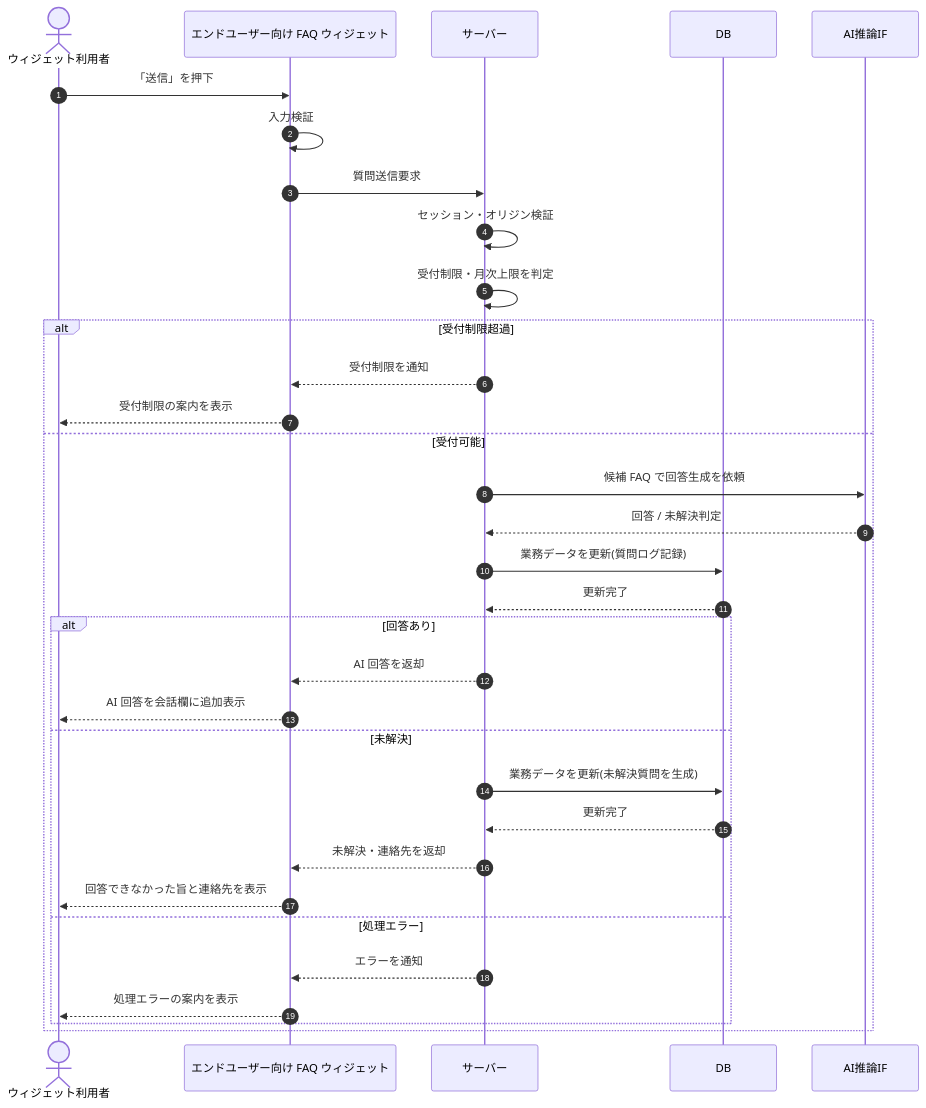
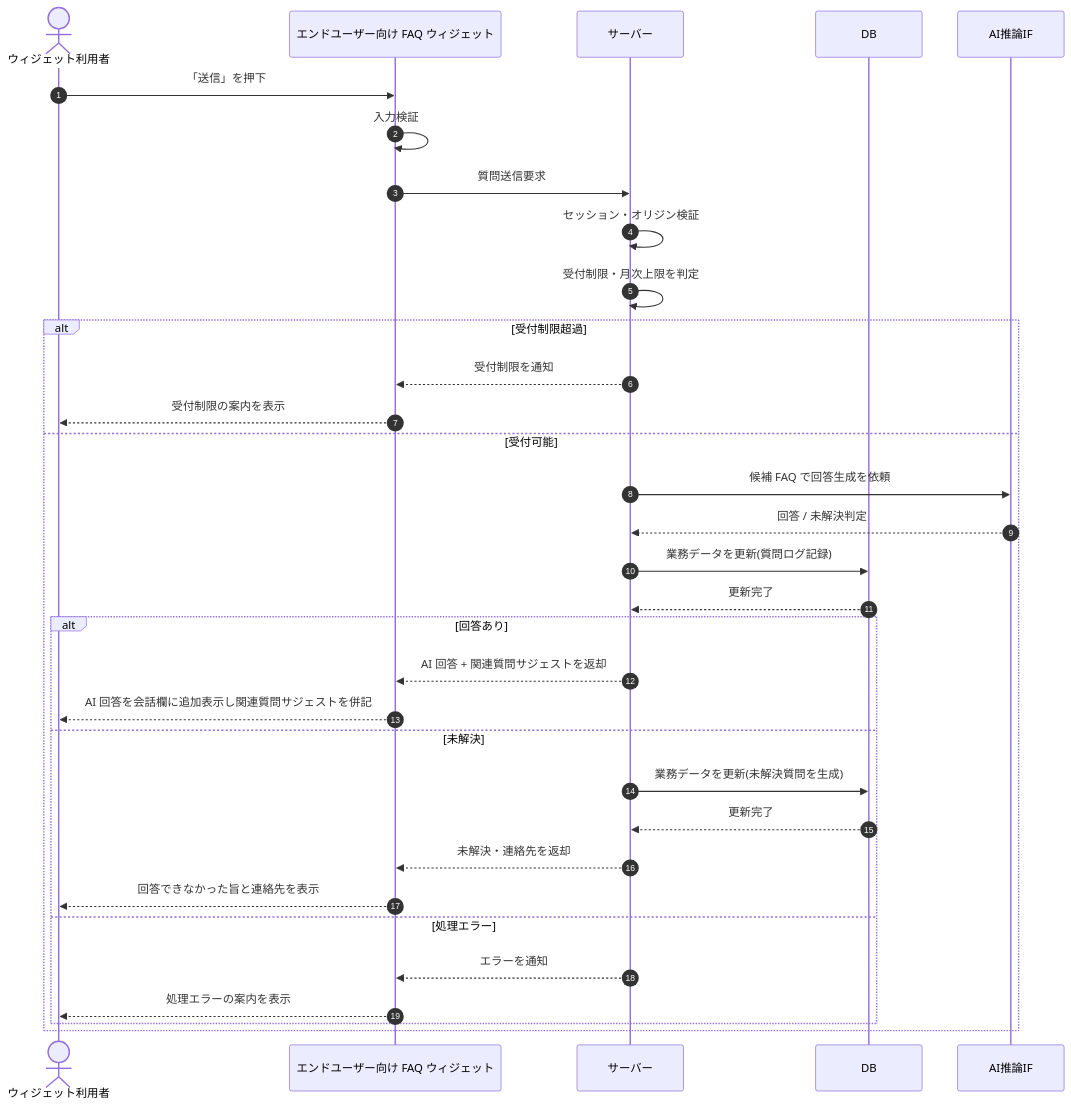
Before and after one commit to sikakou54/open-faq: the diagram in 02_basic_design/03_sequences/SEQ-088.md, drawn with Mermaid. The commit also changed 54 other files, not shown here.

````diff
--- a/02_basic_design/03_sequences/SEQ-088.md
+++ b/02_basic_design/03_sequences/SEQ-088.md
@@ -24,35 +24,35 @@
 ```mermaid
 sequenceDiagram
   autonumber
   actor U as ウィジェット利用者
   participant Screen as エンドユーザー向け FAQ ウィジェット
   participant Server as サーバー
   participant DB as DB
   participant AI as AI推論IF
   U->>Screen: 「送信」を押下
   Screen->>Screen: 入力検証
   Screen->>Server: 質問送信要求
   Server->>Server: セッション・オリジン検証
   Server->>Server: 受付制限・月次上限を判定
   alt 受付制限超過
     Server-->>Screen: 受付制限を通知
     Screen-->>U: 受付制限の案内を表示
   else 受付可能
     Server->>AI: 候補 FAQ で回答生成を依頼
     AI-->>Server: 回答 / 未解決判定
     Server->>DB: 業務データを更新(質問ログ記録)
     DB-->>Server: 更新完了
     alt 回答あり
-      Server-->>Screen: AI 回答を返却
-      Screen-->>U: AI 回答を会話欄に追加表示
+      Server-->>Screen: AI 回答 + 関連質問サジェストを返却
+      Screen-->>U: AI 回答を会話欄に追加表示し関連質問サジェストを併記
     else 未解決
       Server->>DB: 業務データを更新(未解決質問を生成)
       DB-->>Server: 更新完了
       Server-->>Screen: 未解決・連絡先を返却
       Screen-->>U: 回答できなかった旨と連絡先を表示
     else 処理エラー
       Server-->>Screen: エラーを通知
       Screen-->>U: 処理エラーの案内を表示
     end
   end
 ```
````
